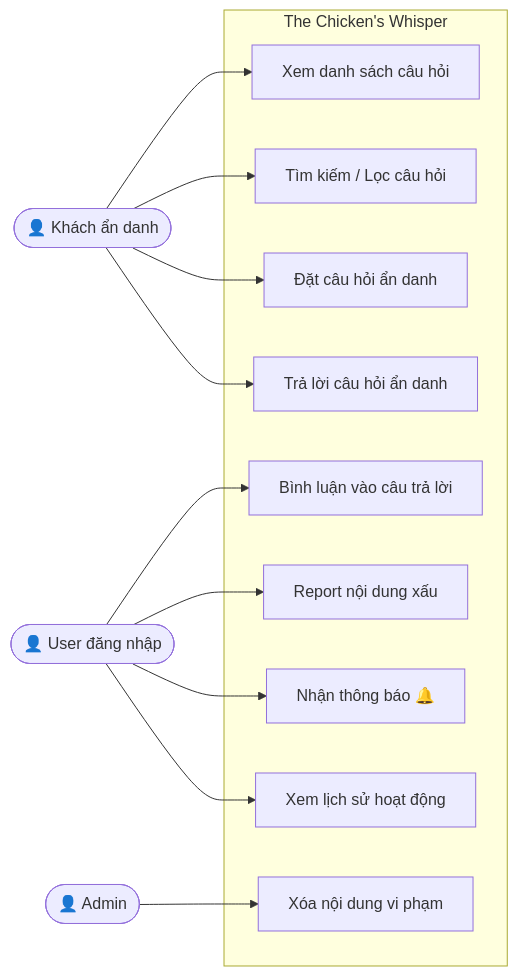
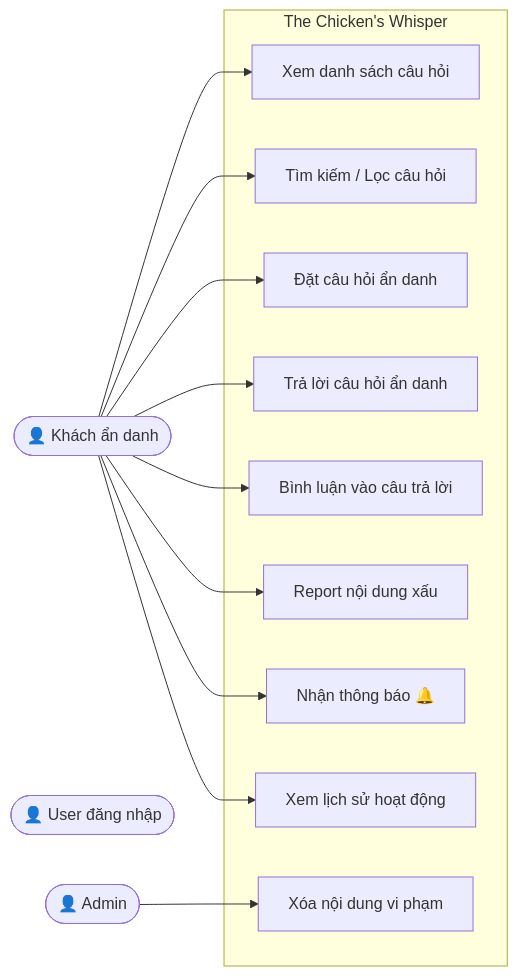
Before and after one commit to ptuan28/WEB: the second of 4 diagrams in README.md, drawn with Mermaid.

````diff
--- a/README.md
+++ b/README.md
@@ -164,28 +164,28 @@
 ```mermaid
 flowchart LR
     Guest([👤 Khách ẩn danh])
     User([👤 User đăng nhập])
     Admin([👤 Admin])
 
     subgraph App["The Chicken's Whisper"]
         UC1[Xem danh sách câu hỏi]
         UC2[Tìm kiếm / Lọc câu hỏi]
         UC3[Đặt câu hỏi ẩn danh]
         UC4[Trả lời câu hỏi ẩn danh]
         UC5[Bình luận vào câu trả lời]
         UC6[Report nội dung xấu]
         UC7[Nhận thông báo 🔔]
         UC8[Xem lịch sử hoạt động]
         UC9[Xóa nội dung vi phạm]
     end
 
     Guest --> UC1
     Guest --> UC2
     Guest --> UC3
     Guest --> UC4
-    User --> UC5
-    User --> UC6
-    User --> UC7
-    User --> UC8
+    Guest --> UC5
+    Guest --> UC6
+    Guest --> UC7
+    Guest --> UC8
     Admin --> UC9
 ```
````
